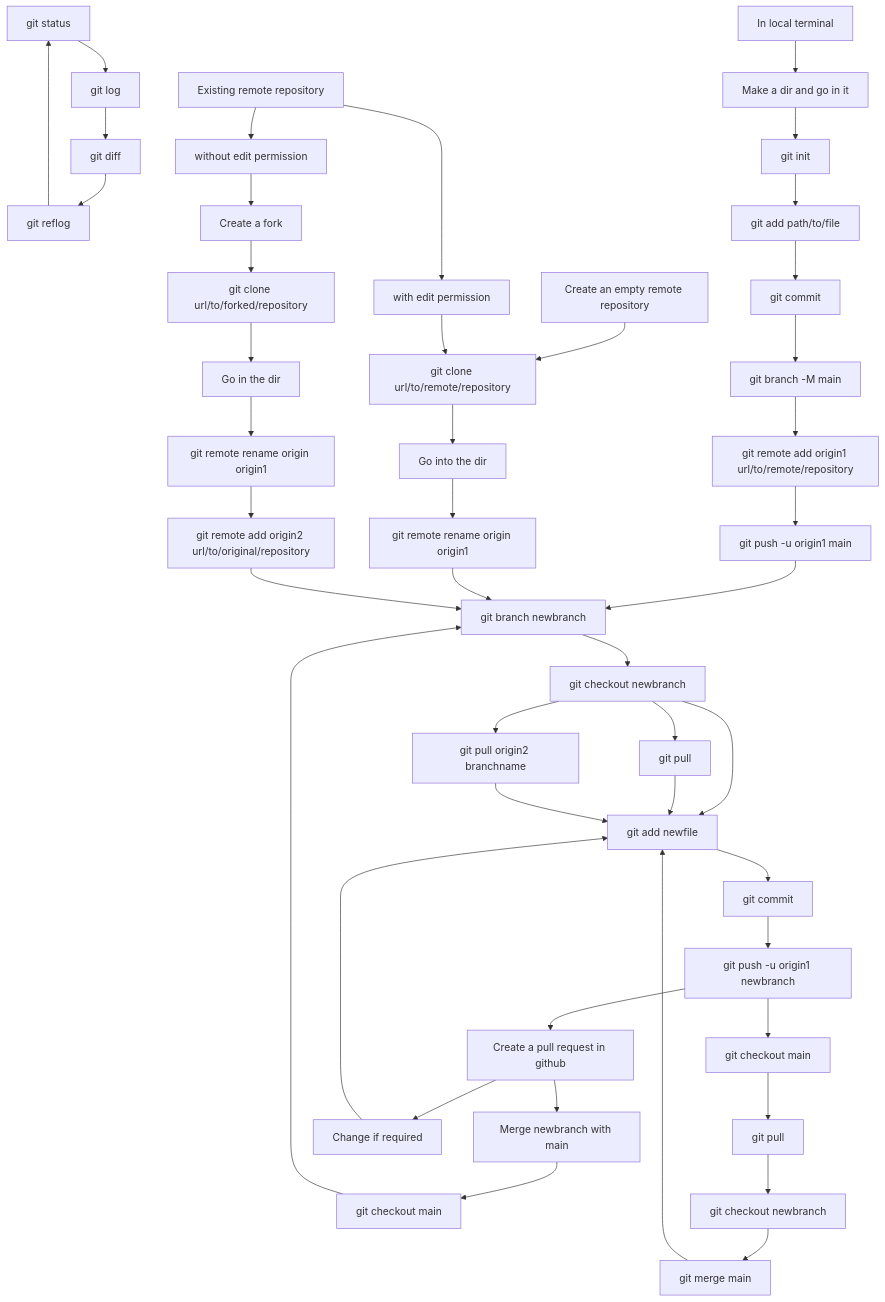
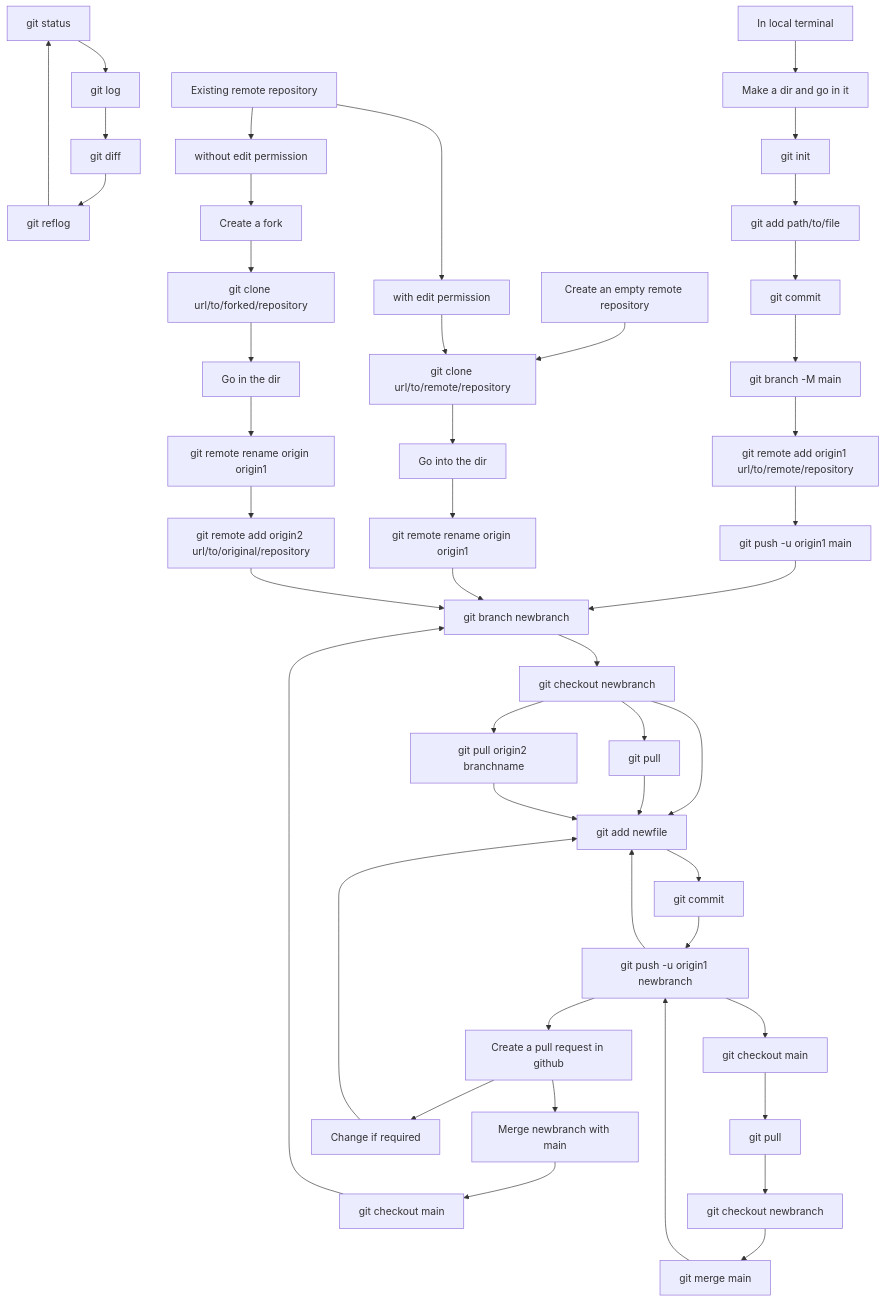
One commit to suryamondal/useful_git_commands changed the diagram in README.md. Above: the diagram before and after it, drawn with Mermaid.

````diff
--- a/README.md
+++ b/README.md
@@ -16,18 +16,19 @@
 ```mermaid
 graph TD;
     id17[git status]-->id18[git log]-->id5[git diff]-->id36[git reflog]-->id17;
     id0[In local terminal]-->id1[Make a dir and go in it]-->id2[git init]-->id3[git add path/to/file]-->id4[git commit]-->id6[git branch -M main];
     id6-->id7[git remote add origin1 url/to/remote/repository]-->id8[git push -u origin1 main];
     id8-->id9[git branch newbranch]-->id10[git checkout newbranch]-->id11[git add newfile]-->id12[git commit]-->id13[git push -u origin1 newbranch];
+    id13-->id11;
     id13-->id14[Create a pull request in github]-->id15[Merge newbranch with main]-->id19[git checkout main]-->id9;
     id14-->id16[Change if required]-->id11;
     id10-->id35[git pull]-->id11;
     id10-->id34[git pull origin2 branchname]-->id11;
     id41[Create an empty remote repository]-->id20[git clone url/to/remote/repository]-->id21[Go into the dir]
     id21-->id26[git remote rename origin origin1]-->id9;
     id43[Existing remote repository]-->id40[without edit permission]-->id22;
     id43-->id44[with edit permission]-->id20;
     id22[Create a fork]-->id23[git clone url/to/forked/repository]-->id24[Go in the dir]-->id25[git remote rename origin origin1];
     id25-->id27[git remote add origin2 url/to/original/repository]-->id9;
-    id13-->id30[git checkout main]-->id31[git pull]-->id32[git checkout newbranch]-->id33[git merge main]-->id11;
+    id13-->id30[git checkout main]-->id31[git pull]-->id32[git checkout newbranch]-->id33[git merge main]-->id13;
 ```
````
